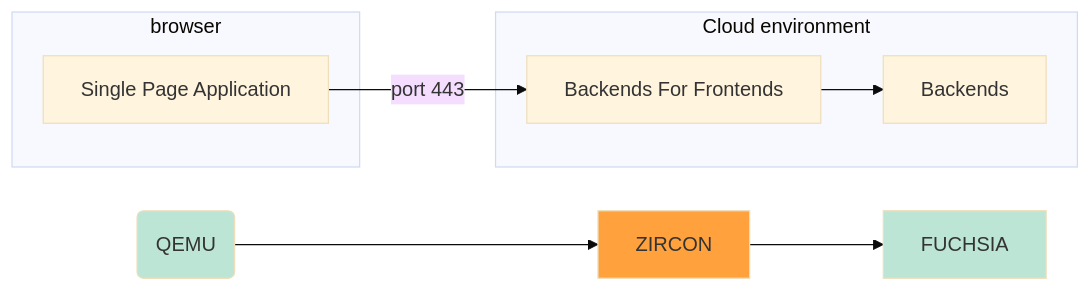
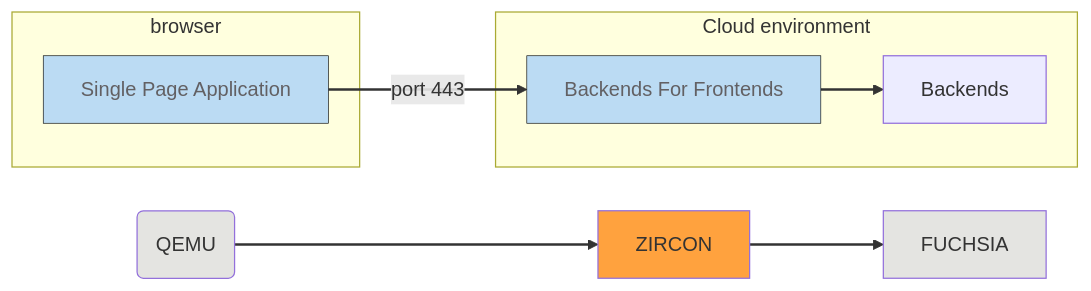
Before and after one commit to slamdunk729/ansible2: the third of 7 diagrams in README.md, drawn with Mermaid. The commit also changed other lines of this file, not shown here.

````diff
--- a/README.md
+++ b/README.md
@@ -51,22 +80,25 @@
 ```mermaid
-%%{init:{'theme':'base'}}%%
-  
 graph LR
-  SPA["Single Page Application"]
-  BFF["Backends For Frontends"]
+%% Colors %%
+linkStyle default stroke-width:2px
+classDef pearlgray fill:#c9c9c4,stroke:#000,stroke-width:0.5px,color:#626063
+classDef frostyblue fill:#bbdbf3,stroke:#000,stroke-width:0.5px,color:#626063
+
+　SPA["Single Page Application"]:::frostyblue
+  BFF["Backends For Frontends"]:::frostyblue
   BE["Backends"]
   subgraph browser
-    SPA
+    SPA:::frostyblue
   end
   subgraph cloud["Cloud environment"]
     BFF --> BE
   end
   SPA -- port 443 --> BFF
   
 
-  classDef class1 fill:#7BCCAC,fill-opacity:0.5
+  classDef class1 fill:#c9c9c4,fill-opacity:0.5
   classDef class2 fill:#ffa23e
 
   qemu(QEMU):::class1 --> zircon[ZIRCON]:::class2
   zircon --> fuchsia[FUCHSIA]:::class1
 ```
````
